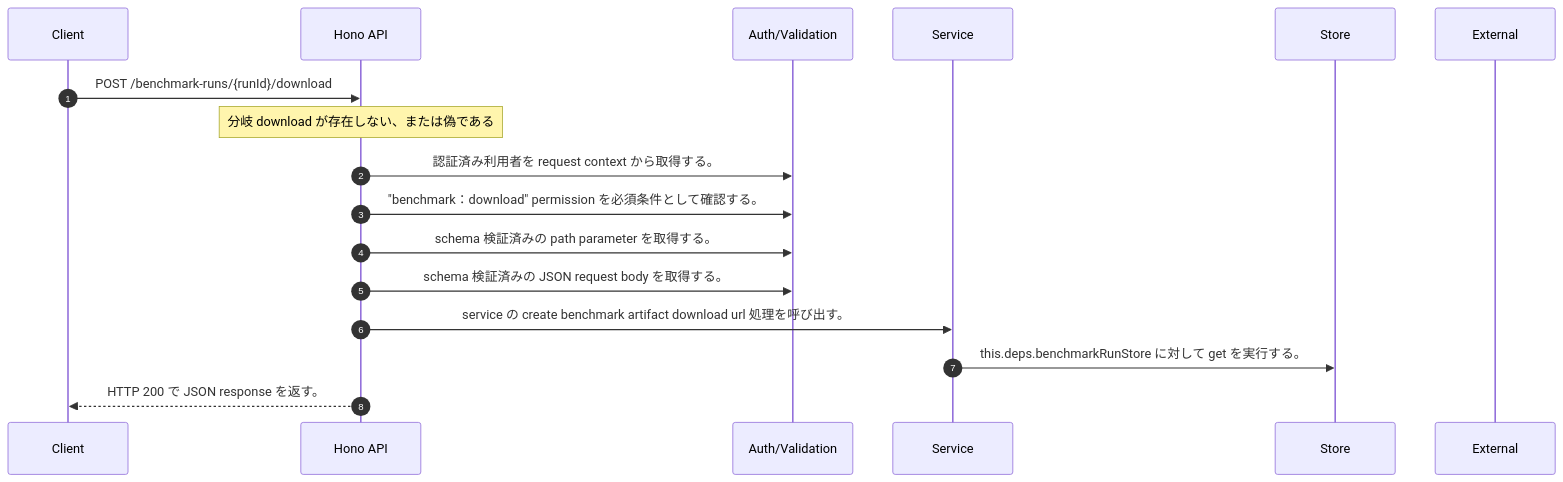
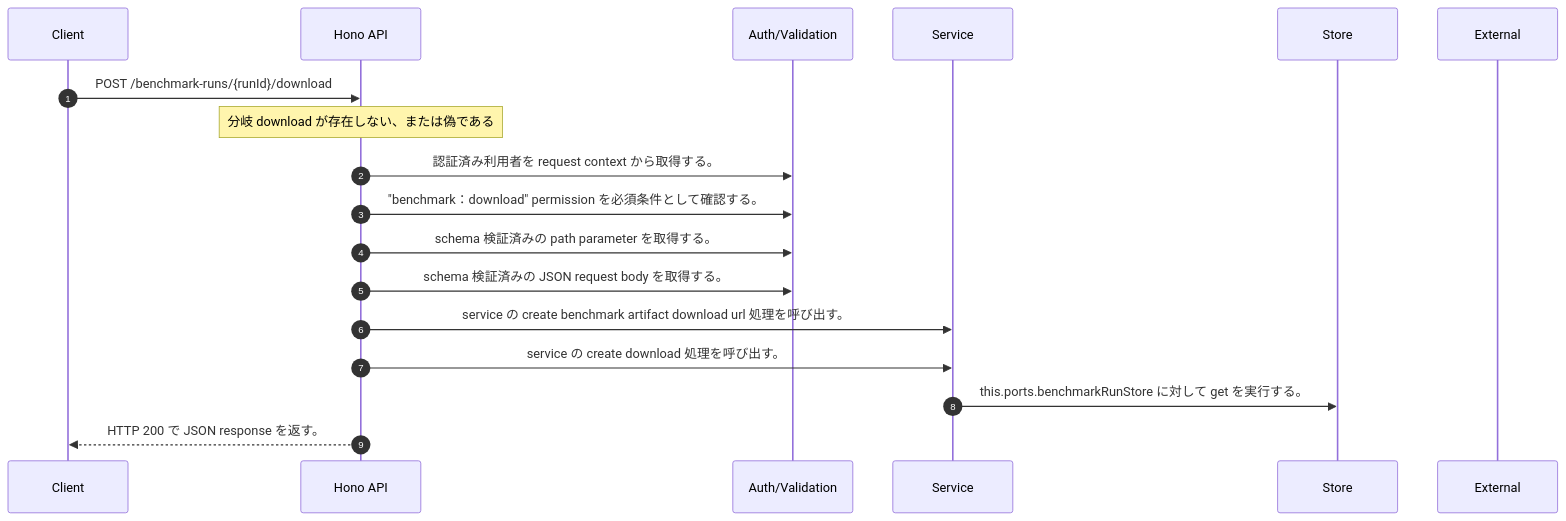
The diagram in docs/generated/api-code/post-benchmark-runs-runid-download/sequence_gen.md (tsuji-tomonori/rag-assist), drawn with Mermaid before and after one commit. The commit also changed other lines of this file and 301 other files, not shown here.

First line of the commit message:
♻️ refactor(benchmark): artifact download を narrow port へ分離

````diff
--- a/docs/generated/api-code/post-benchmark-runs-runid-download/sequence_gen.md
+++ b/docs/generated/api-code/post-benchmark-runs-runid-download/sequence_gen.md
@@ -7,19 +7,20 @@
 ```mermaid
 sequenceDiagram
   autonumber
   participant Client as Client
   participant API as Hono API
   participant Auth as Auth/Validation
   participant Service as Service
   participant Store as Store
   participant External as External
   Client->>API: POST /benchmark-runs/{runId}/download
   Note over API: 分岐 download が存在しない、または偽である
   API->>Auth: 認証済み利用者を request context から取得する。
   API->>Auth: "benchmark：download" permission を必須条件として確認する。
   API->>Auth: schema 検証済みの path parameter を取得する。
   API->>Auth: schema 検証済みの JSON request body を取得する。
   API->>Service: service の create benchmark artifact download url 処理を呼び出す。
-  Service->>Store: this.deps.benchmarkRunStore に対して get を実行する。
+  API->>Service: service の create download 処理を呼び出す。
+  Service->>Store: this.ports.benchmarkRunStore に対して get を実行する。
   API-->>Client: HTTP 200 で JSON response を返す。
 ```
````
